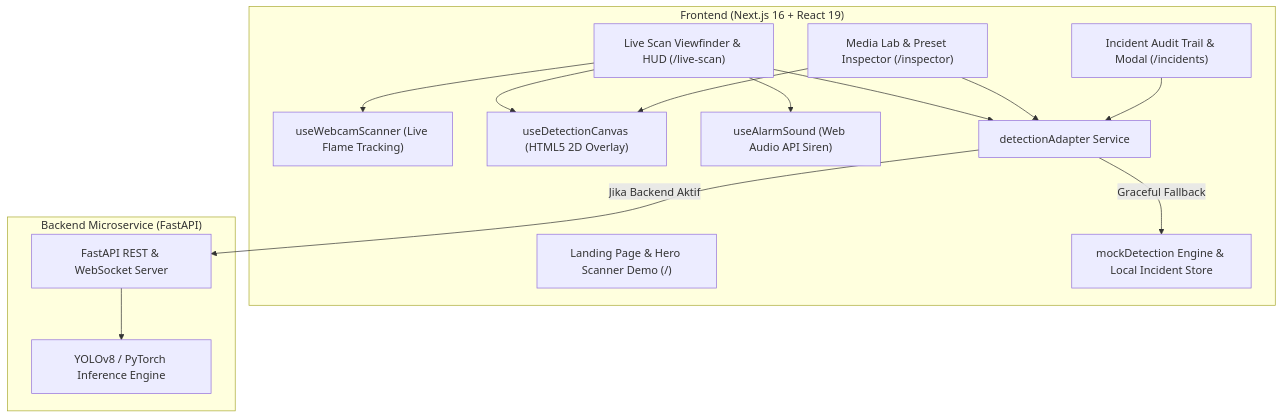
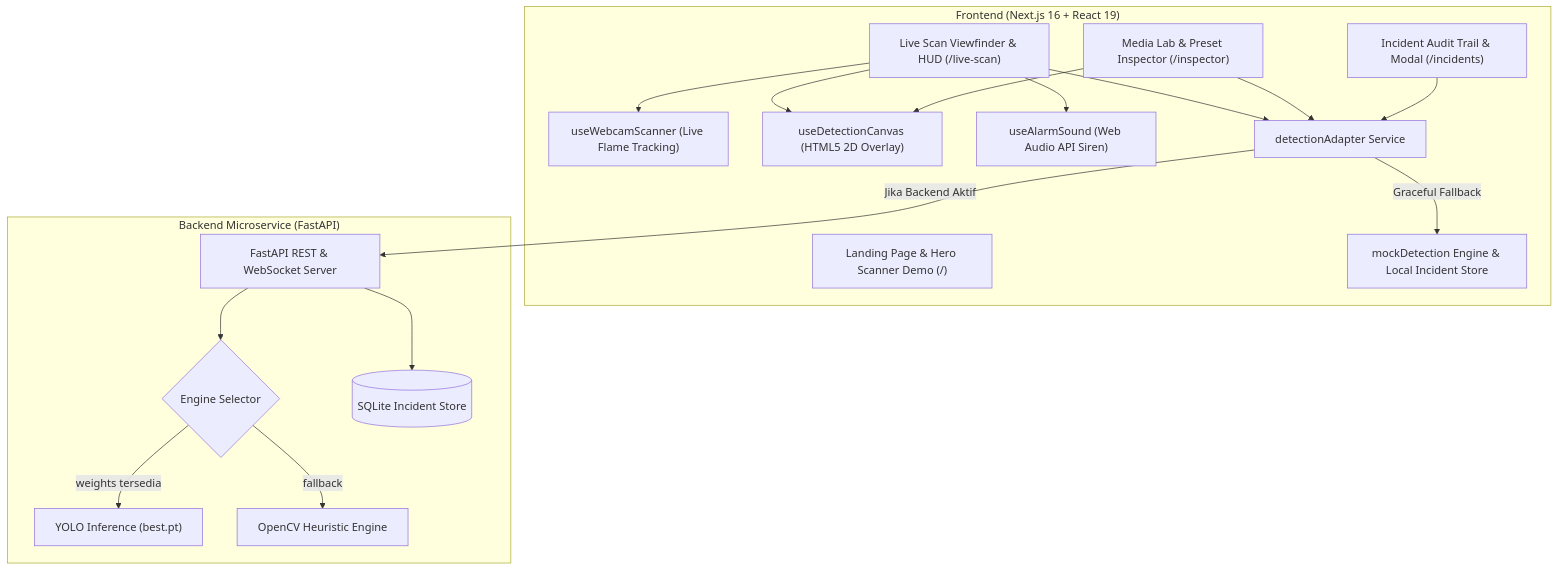
One commit to ClaveAP/fire-smoke-detection changed the diagram in README.md. Above: the diagram before and after it, drawn with Mermaid. The commit also changed other lines of this file and 35 other files, not shown here.

Commit message:
feat(backend): real fire & smoke detection engine, incident store, video and live stream APIs

````diff
--- a/README.md
+++ b/README.md
@@ -37,32 +37,38 @@
 ```mermaid
 flowchart TD
     subgraph Client["Frontend (Next.js 16 + React 19)"]
         Home["Landing Page & Hero Scanner Demo (/)"]
         LiveScan["Live Scan Viewfinder & HUD (/live-scan)"]
         Inspector["Media Lab & Preset Inspector (/inspector)"]
         Incidents["Incident Audit Trail & Modal (/incidents)"]
         
         Webcam["useWebcamScanner (Live Flame Tracking)"]
         Canvas["useDetectionCanvas (HTML5 2D Overlay)"]
         Synth["useAlarmSound (Web Audio API Siren)"]
         Adapter["detectionAdapter Service"]
         MockEngine["mockDetection Engine & Local Incident Store"]
     end
 
     subgraph Service["Backend Microservice (FastAPI)"]
         API["FastAPI REST & WebSocket Server"]
-        YOLO["YOLOv8 / PyTorch Inference Engine"]
+        Engine{"Engine Selector"}
+        YOLO["YOLO Inference (best.pt)"]
+        Heuristic["OpenCV Heuristic Engine"]
+        DB[("SQLite Incident Store")]
     end
 
     LiveScan --> Webcam
     LiveScan --> Canvas
     LiveScan --> Synth
     LiveScan --> Adapter
     Inspector --> Canvas
     Inspector --> Adapter
     Incidents --> Adapter
 
     Adapter -->|Jika Backend Aktif| API
     Adapter -->|Graceful Fallback| MockEngine
-    API --> YOLO
+    API --> Engine
+    Engine -->|weights tersedia| YOLO
+    Engine -->|fallback| Heuristic
+    API --> DB
 ```
````
